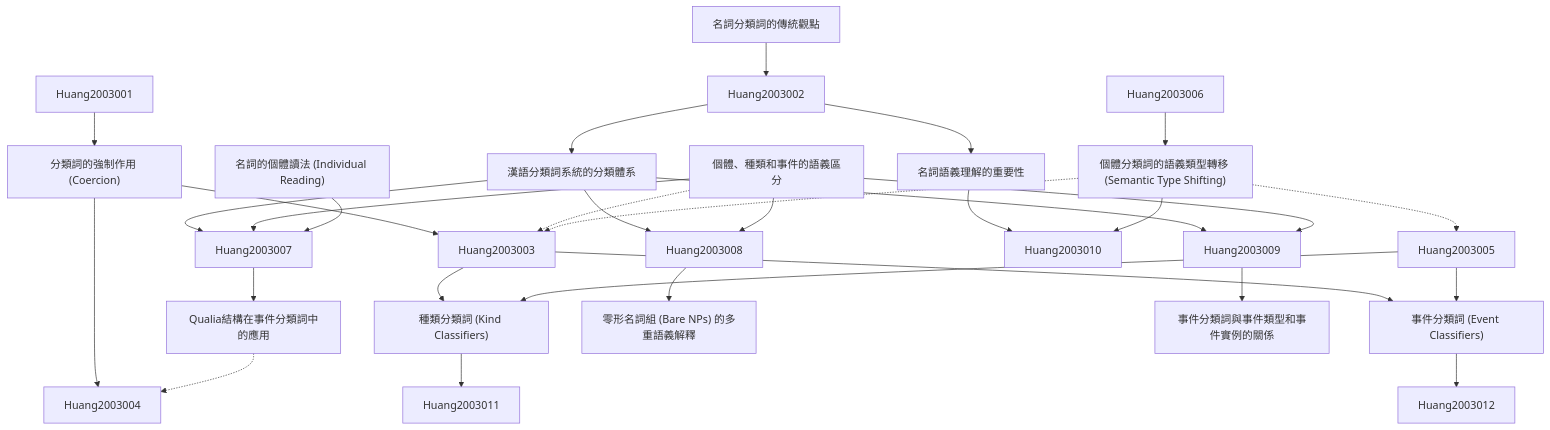
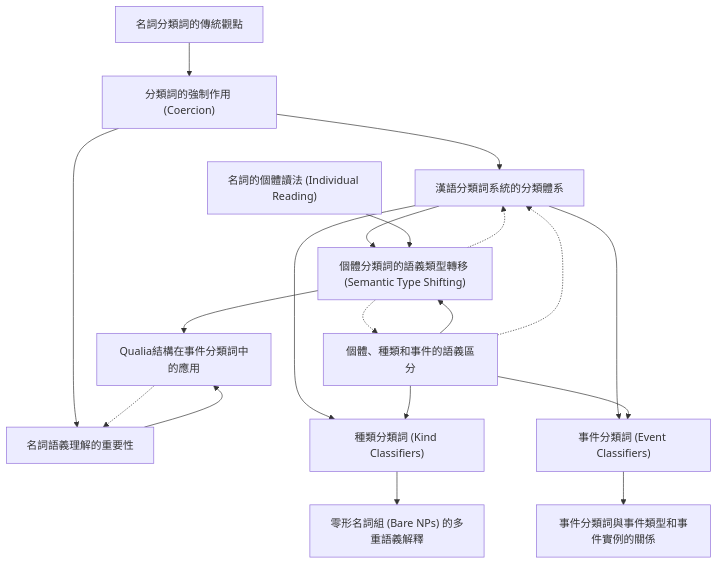
One commit to SCgeeker/Claude_Journal_Club_Agents changed the diagram in output/zettelkasten_notes/zettel_Huang-2003_20251104/zettel_index.md. Above: the diagram before and after it, drawn with Mermaid. The commit also changed 776 other files, not shown here.

````diff
--- a/output/zettelkasten_notes/zettel_Huang-2003_20251104/zettel_index.md
+++ b/output/zettelkasten_notes/zettel_Huang-2003_20251104/zettel_index.md
@@ -116,62 +116,47 @@
 
     Huang-2003-012["事件分類詞與事件類型和事件實例的關係"]
 
-    Huang-2003-001 --> Huang2003002
+    Huang-2003-001 --> Huang-2003-002
 
-    Huang2003001 --> Huang-2003-002
 
-    Huang-2003-002 --> Huang2003003
+    Huang-2003-002 --> Huang-2003-003
 
-    Huang-2003-002 --> Huang2003004
+    Huang-2003-002 --> Huang-2003-004
 
-    Huang2003002 --> Huang-2003-003
 
-    Huang-2003-003 --> Huang2003007
+    Huang-2003-003 --> Huang-2003-007
 
-    Huang-2003-003 --> Huang2003008
+    Huang-2003-003 --> Huang-2003-008
 
-    Huang-2003-003 --> Huang2003009
+    Huang-2003-003 --> Huang-2003-009
 
-    Huang2003002 --> Huang-2003-004
 
-    Huang-2003-004 --> Huang2003010
+    Huang-2003-004 --> Huang-2003-010
 
-    Huang-2003-005 --> Huang2003007
+    Huang-2003-005 --> Huang-2003-007
 
-    Huang-2003-005 --> Huang2003008
+    Huang-2003-005 --> Huang-2003-008
 
-    Huang-2003-005 --> Huang2003009
+    Huang-2003-005 --> Huang-2003-009
 
-    Huang-2003-005 -.-> Huang2003003
+    Huang-2003-005 -.-> Huang-2003-003
 
-    Huang-2003-006 --> Huang2003007
+    Huang-2003-006 --> Huang-2003-007
 
-    Huang2003006 --> Huang-2003-007
 
-    Huang-2003-007 --> Huang2003010
+    Huang-2003-007 --> Huang-2003-010
 
-    Huang-2003-007 -.-> Huang2003003
+    Huang-2003-007 -.-> Huang-2003-003
 
-    Huang-2003-007 -.-> Huang2003005
+    Huang-2003-007 -.-> Huang-2003-005
 
-    Huang2003003 --> Huang-2003-008
+    Huang-2003-008 --> Huang-2003-011
 
-    Huang2003005 --> Huang-2003-008
+    Huang-2003-009 --> Huang-2003-012
 
-    Huang-2003-008 --> Huang2003011
 
-    Huang2003003 --> Huang-2003-009
+    Huang-2003-010 -.-> Huang-2003-004
 
-    Huang2003005 --> Huang-2003-009
 
-    Huang-2003-009 --> Huang2003012
-
-    Huang2003007 --> Huang-2003-010
-
-    Huang-2003-010 -.-> Huang2003004
-
-    Huang2003008 --> Huang-2003-011
-
-    Huang2003009 --> Huang-2003-012
 
 ```
````
